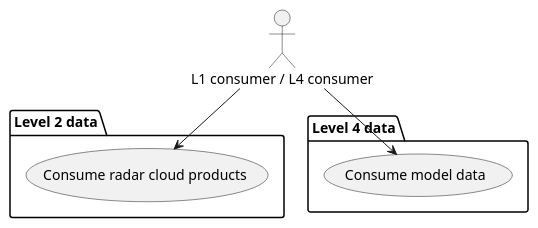
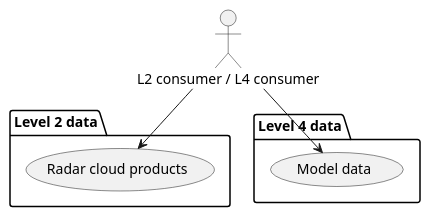
Before and after one commit to metno/S-ENDA-documentation: the diagram in source/users_northernlights.puml, drawn with PlantUML. The commit also changed 5 other files, not shown here.

Commit message:
add diagrams to klimafremskrivning use case

```diff
--- a/source/users_northernlights.puml
+++ b/source/users_northernlights.puml
@@ -1,16 +1,16 @@
 @startuml
 
 package "Level 2 data" as L2 {
-  (Consume radar cloud products) as (CD2)
+  (Radar cloud products) as (CD2)
 }
 
 package "Level 4 data" as L4 {
-  (Consume model data) as (CD4)
+  (Model data) as (CD4)
 }
 
-actor "L1 consumer / L4 consumer" as LC
+actor "L2 consumer / L4 consumer" as LC
 
 LC --> (CD2)
 LC --> (CD4)
 
 @enduml
```
